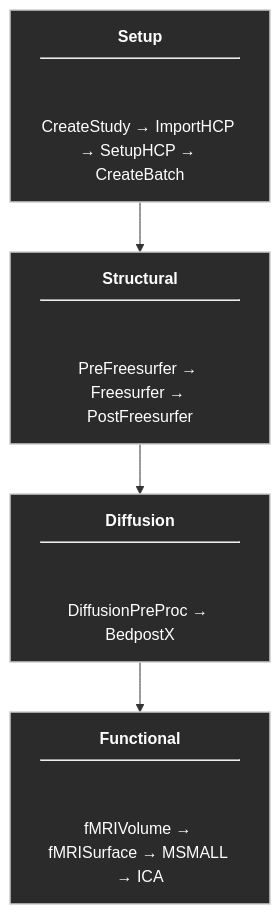
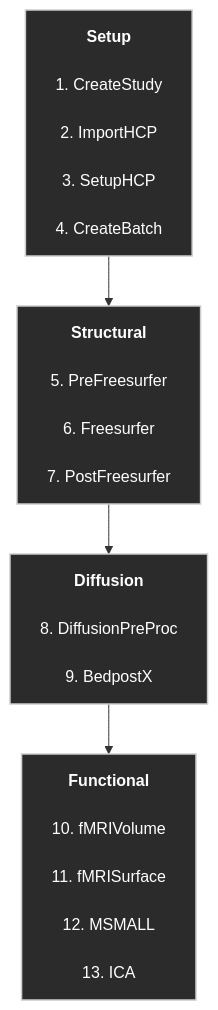
One commit to SPMIC-UoN/QuNex_Processing_Pipeline changed the diagram in README.md. Above: the diagram before and after it, drawn with Mermaid.

````diff
--- a/README.md
+++ b/README.md
@@ -44,25 +44,34 @@
 ```mermaid
 flowchart TD
 
 %% ---------- Styling ----------
 classDef stage fill:#2b2b2b,stroke:#cccccc,stroke-width:1.5px,color:#ffffff;
 
 %% ---------- Pipeline Stages ----------
-Setup["<b>Setup</b><br/><hr/><br/>
-CreateStudy → ImportHCP → SetupHCP → CreateBatch"]
+Setup["<b>Setup</b><br/>
+1. CreateStudy<br/>
+2. ImportHCP<br/>
+3. SetupHCP<br/>
+4. CreateBatch"]
 
-Structural["<b>Structural</b><br/><hr/><br/>
-PreFreesurfer → Freesurfer → PostFreesurfer"]
+Structural["<b>Structural</b><br/>
+5. PreFreesurfer<br/>
+6. Freesurfer<br/>
+7. PostFreesurfer"]
 
-Diffusion["<b>Diffusion</b><br/><hr/><br/>
-DiffusionPreProc → BedpostX"]
+Diffusion["<b>Diffusion</b><br/>
+8. DiffusionPreProc<br/>
+9. BedpostX"]
 
-Functional["<b>Functional</b><br/><hr/><br/>
-fMRIVolume → fMRISurface → MSMALL → ICA"]
+Functional["<b>Functional</b><br/>
+10. fMRIVolume<br/>
+11. fMRISurface<br/>
+12. MSMALL<br/>
+13. ICA"]
 
 %% ---------- Stage Connections ----------
 Setup --> Structural --> Diffusion --> Functional
 
 %% ---------- Apply Style ----------
 class Setup,Structural,Diffusion,Functional stage;
 ```
````
